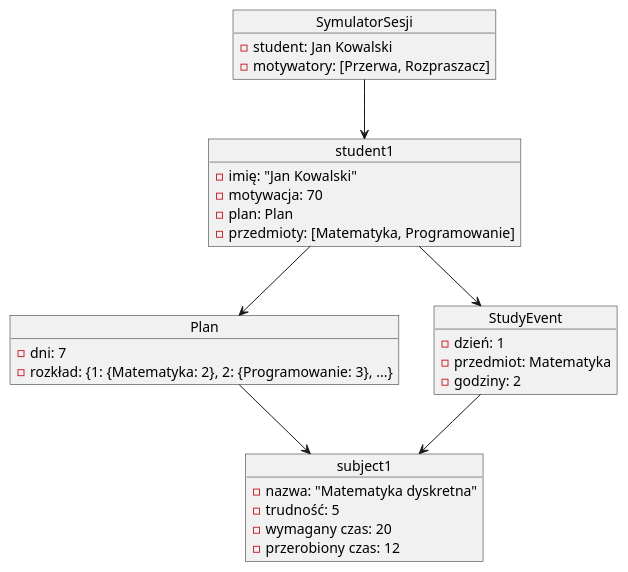
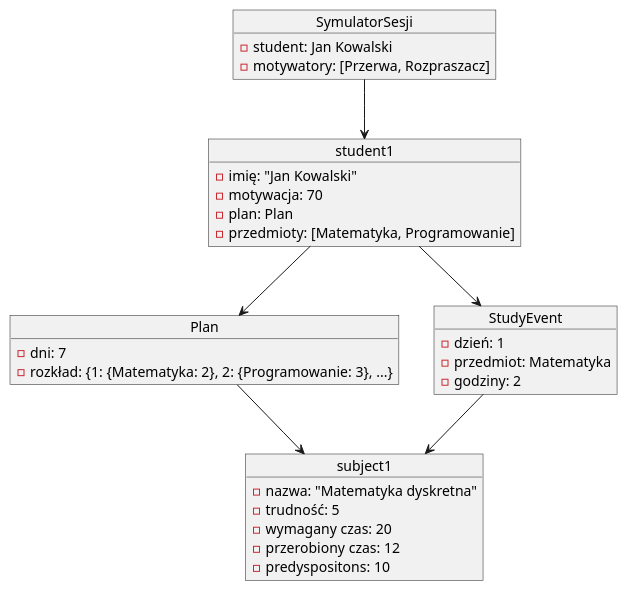
One commit to Krzyzak321/Symulator_Sesji changed the diagram in uml/Diagram obiektów.puml. Above: the diagram before and after it, drawn with PlantUML. The commit also changed 5 other files, not shown here.

Commit message:
diagramy

```diff
--- a/uml/Diagram obiektów.puml
+++ b/uml/Diagram obiektów.puml
@@ -1,38 +1,39 @@
 @startuml
 
 object student1 {
   - imię: "Jan Kowalski"
   - motywacja: 70
   - plan: Plan
   - przedmioty: [Matematyka, Programowanie]
 }
 
 object subject1 {
   - nazwa: "Matematyka dyskretna"
   - trudność: 5
   - wymagany czas: 20
   - przerobiony czas: 12
+  - predyspositons: 10
 }
 object Plan{
   - dni: 7
   - rozkład: {1: {Matematyka: 2}, 2: {Programowanie: 3}, ...}
 }
 
 object StudyEvent {
   - dzień: 1
   - przedmiot: Matematyka
   - godziny: 2
 }
 
 object SymulatorSesji {
   - student: Jan Kowalski
   - motywatory: [Przerwa, Rozpraszacz]
 }
 
 student1 --> Plan
 Plan --> subject1
 StudyEvent --> subject1
 student1 --> StudyEvent
 SymulatorSesji --> student1
 
 @enduml
```
